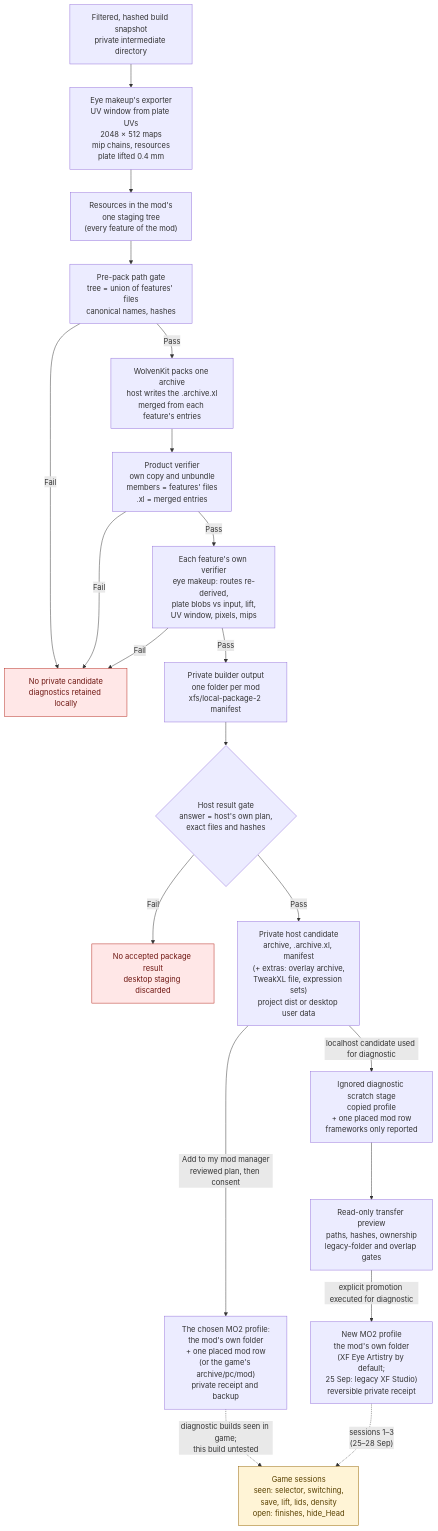
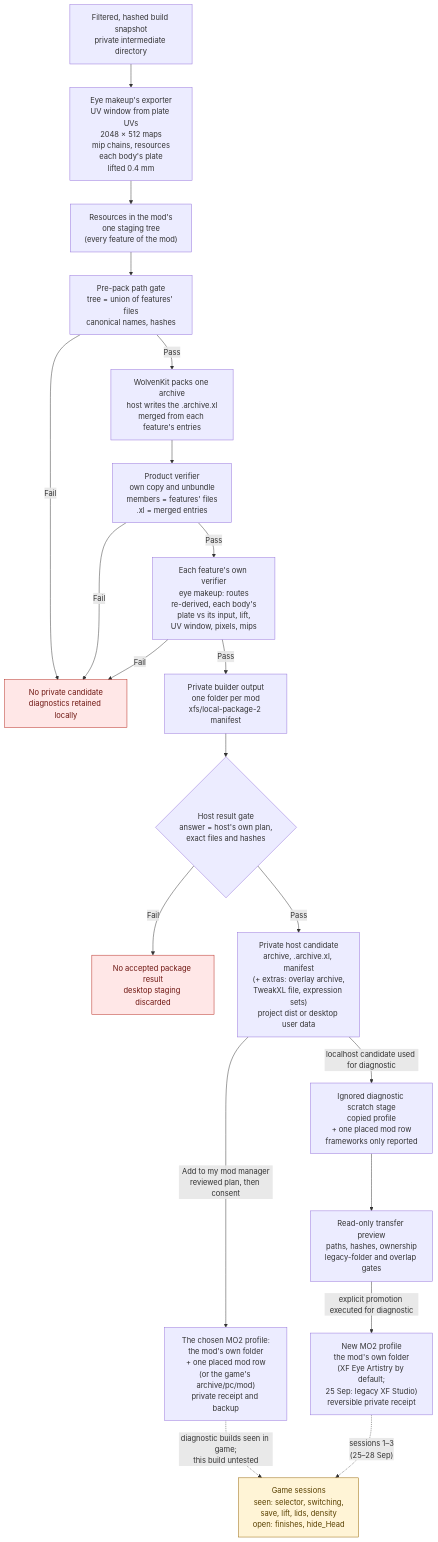
Before and after one commit to axefrog/xf-studio: the second of 4 diagrams in research/authoring/studio-to-mod-pipeline.md, drawn with Mermaid. The commit also changed other lines of this file and 46 other files, not shown here.

````diff
--- a/research/authoring/studio-to-mod-pipeline.md
+++ b/research/authoring/studio-to-mod-pipeline.md
@@ -61,27 +65,27 @@
 ```mermaid
 flowchart TB
-  snapshot["Filtered, hashed build snapshot<br/>private intermediate directory"] --> bake["Eye makeup's exporter<br/>UV window from plate UVs<br/>2048 × 512 maps<br/>mip chains, resources<br/>plate lifted 0.4 mm"]
+  snapshot["Filtered, hashed build snapshot<br/>private intermediate directory"] --> bake["Eye makeup's exporter<br/>UV window from plate UVs<br/>2048 × 512 maps<br/>mip chains, resources<br/>each body's plate<br/>lifted 0.4 mm"]
   bake --> resources["Resources in the mod's<br/>one staging tree<br/>(every feature of the mod)"]
   resources --> gate["Pre-pack path gate<br/>tree = union of features' files<br/>canonical names, hashes"]
   gate -- Fail --> stop
   gate -- Pass --> pack["WolvenKit packs one archive<br/>host writes the .archive.xl<br/>merged from each feature's entries"]
   pack --> productVerifier["Product verifier<br/>own copy and unbundle<br/>members = features' files<br/>.xl = merged entries"]
   productVerifier -- Fail --> stop
-  productVerifier -- Pass --> verifier["Each feature's own verifier<br/>eye makeup: routes re-derived,<br/>plate blobs vs input, lift,<br/>UV window, pixels, mips"]
+  productVerifier -- Pass --> verifier["Each feature's own verifier<br/>eye makeup: routes<br/>re-derived, each body's<br/>plate vs its input, lift,<br/>UV window, pixels, mips"]
   verifier -- Fail --> stop["No private candidate<br/>diagnostics retained locally"]
   verifier -- Pass --> dist["Private builder output<br/>one folder per mod<br/>xfs/local-package-2 manifest"]
   dist --> resultGate{"Host result gate<br/>answer = host's own plan,<br/>exact files and hashes"}
   resultGate -- Fail --> unaccepted["No accepted package result<br/>desktop staging discarded"]
   resultGate -- Pass --> candidate["Private host candidate<br/>archive, .archive.xl, manifest<br/>(+ extras: overlay archive,<br/>TweakXL file, expression sets)<br/>project dist or desktop user data"]
   candidate -- "Add to my mod manager<br/>reviewed plan, then consent" --> install["The chosen MO2 profile:<br/>the mod's own folder<br/>+ one placed mod row<br/>(or the game's archive/pc/mod)<br/>private receipt and backup"]
   install -. "diagnostic builds seen in game;<br/>this build untested" .-> runtime
   candidate -- "localhost candidate used for diagnostic" --> scratch["Ignored diagnostic scratch stage<br/>copied profile<br/>+ one placed mod row<br/>frameworks only reported"]
   scratch --> preview["Read-only transfer preview<br/>paths, hashes, ownership<br/>legacy-folder and overlap gates"]
   preview -- "explicit promotion executed for diagnostic" --> mo2["New MO2 profile<br/>the mod's own folder<br/>(XF Eye Artistry by default;<br/>25 Sep: legacy XF Studio)<br/>reversible private receipt"]
   mo2 -. "sessions 1–3<br/>(25–28 Sep)" .-> runtime["Game sessions<br/>seen: selector, switching,<br/>save, lift, lids, density<br/>open: finishes, hide_Head"]
 
   classDef blocked fill:#ffe7e7,stroke:#b42318,color:#6e1611;
   classDef pending fill:#fff4d6,stroke:#946200,color:#594000;
   class stop,unaccepted blocked;
   class runtime pending;
 ```
````
